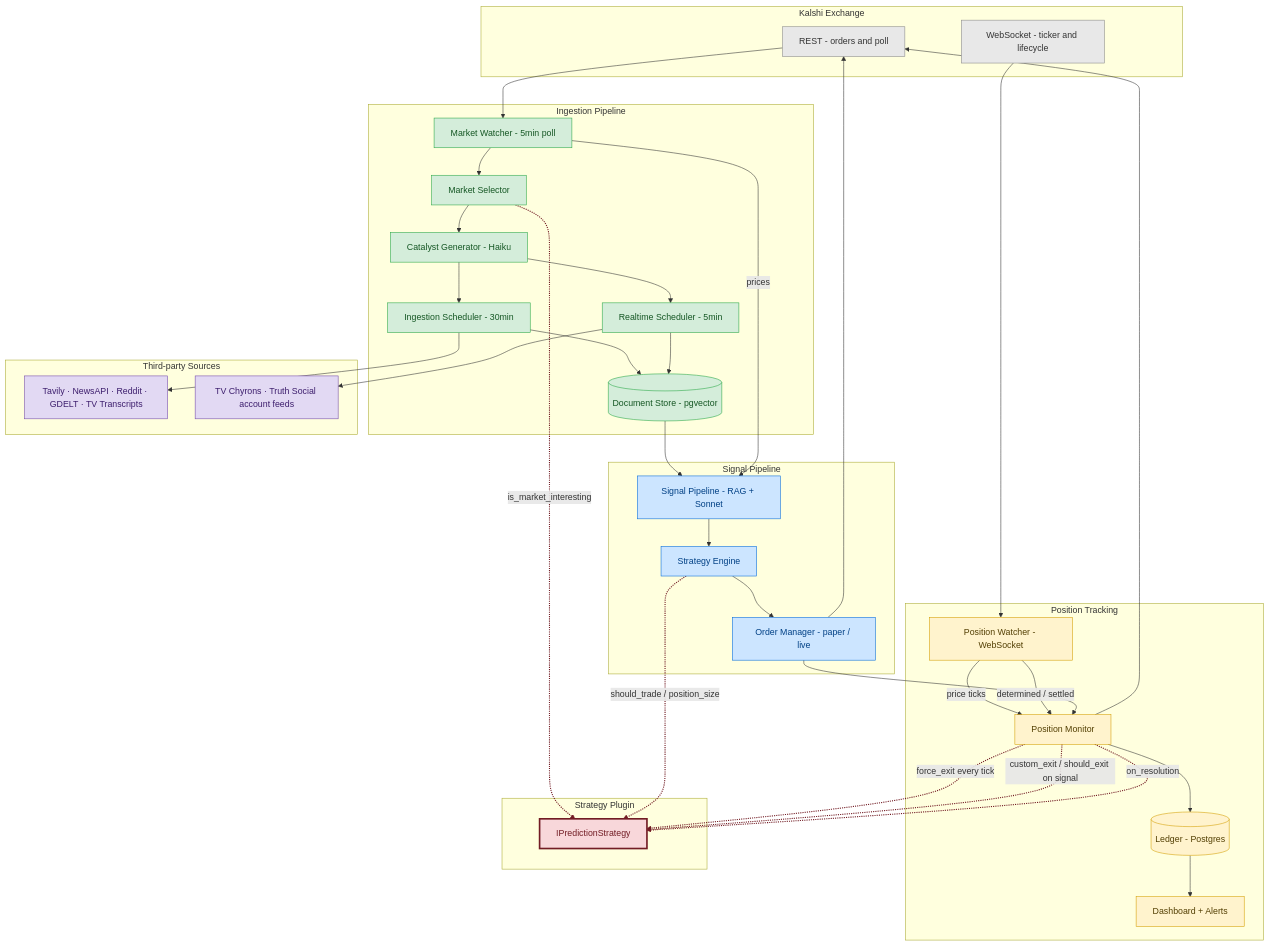
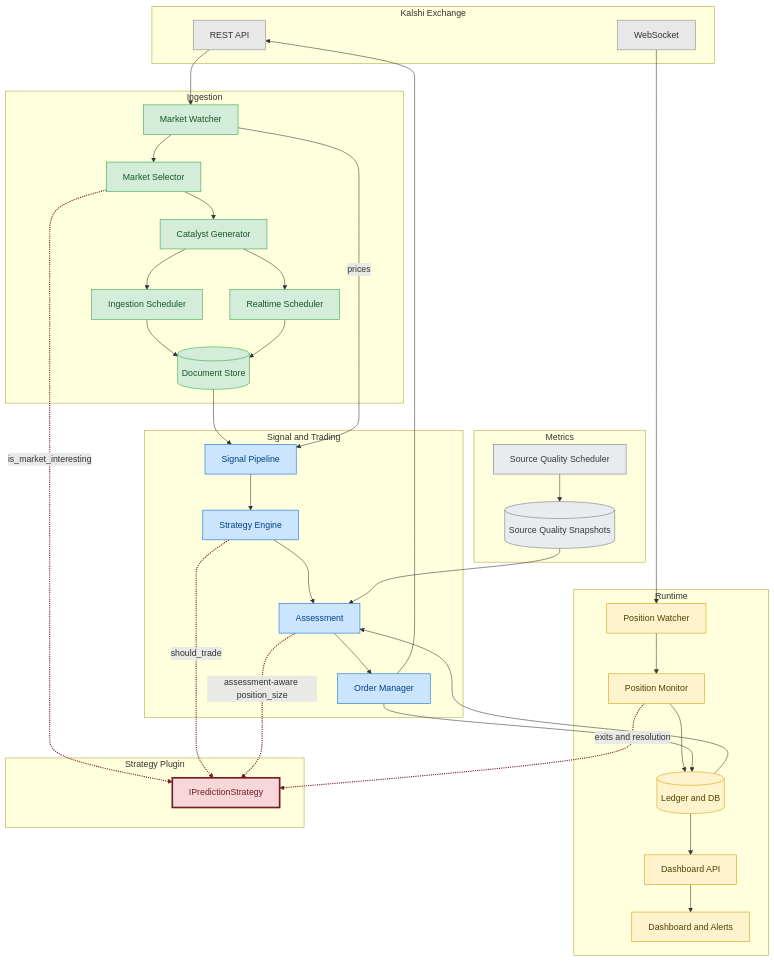
Before and after one commit to ostersc/freqpred: the diagram in README.md, drawn with Mermaid. The commit also changed other lines of this file and 3 other files, not shown here.

Commit message:
Refresh core docs for assessment and dashboard updates

````diff
--- a/README.md
+++ b/README.md
@@ -95,35 +95,37 @@
 ```mermaid
 graph TD
     subgraph Exchange[Kalshi Exchange]
-        KREST[REST - orders and poll]
-        KWS[WebSocket - ticker and lifecycle]
+        KREST[REST API]
+        KWS[WebSocket]
     end
 
-    subgraph Ingestion[Ingestion Pipeline]
-        MW[Market Watcher - 5min poll]
+    subgraph Ingestion[Ingestion]
+        MW[Market Watcher]
         MS[Market Selector]
-        CG[Catalyst Generator - Haiku]
-        IS[Ingestion Scheduler - 30min]
-        RS[Realtime Scheduler - 5min]
-        DS[(Document Store - pgvector)]
+        CG[Catalyst Generator]
+        IS[Ingestion Scheduler]
+        RS[Realtime Scheduler]
+        DS[(Document Store)]
     end
 
-    subgraph Sources[Third-party Sources]
-        IS_SRC[Tavily · NewsAPI · Reddit · GDELT · TV Transcripts]
-        RS_SRC[TV Chyrons · Truth Social account feeds]
+    subgraph Metrics[Metrics]
+        SQS[Source Quality Scheduler]
+        SQ[(Source Quality Snapshots)]
     end
 
-    subgraph Signal[Signal Pipeline]
-        SP[Signal Pipeline - RAG + Sonnet]
+    subgraph Trading[Signal and Trading]
+        SP[Signal Pipeline]
         SE[Strategy Engine]
-        OM[Order Manager - paper / live]
+        AS[Assessment]
+        OM[Order Manager]
     end
 
-    subgraph Positions[Position Tracking]
-        PW[Position Watcher - WebSocket]
+    subgraph Runtime[Runtime]
+        PW[Position Watcher]
         PM[Position Monitor]
-        L[(Ledger - Postgres)]
-        DA[Dashboard + Alerts]
+        L[(Ledger and DB)]
+        API[Dashboard API]
+        UI[Dashboard and Alerts]
     end
 
     subgraph Plugin[Strategy Plugin]
@@ -140,38 +142,37 @@
     DS --> SP
     MW -->|prices| SP
     SP --> SE
-    SE --> OM
+    SE --> AS
+    SQ --> AS
+    L --> AS
+    AS --> OM
     OM --> KREST
     KWS --> PW
-    PW -->|price ticks| PM
-    PW -->|determined / settled| PM
-    OM --> PM
-    PM --> KREST
+    PW --> PM
     PM --> L
-    L --> DA
-    IS --> IS_SRC
-    RS --> RS_SRC
+    OM --> L
+    L --> API
+    API --> UI
+    SQS --> SQ
     MS -. is_market_interesting .-> STRAT
-    SE -. "should_trade / position_size" .-> STRAT
-    PM -. "force_exit every tick" .-> STRAT
-    PM -. "custom_exit / should_exit on signal" .-> STRAT
-    PM -. on_resolution .-> STRAT
+    SE -. should_trade .-> STRAT
+    AS -. assessment-aware position_size .-> STRAT
+    PM -. exits and resolution .-> STRAT
 
     classDef exchange fill:#e8e8e8,stroke:#888,color:#333
     classDef ingestion fill:#d4edda,stroke:#28a745,color:#155724
+    classDef metrics fill:#e9ecef,stroke:#6c757d,color:#343a40
     classDef signal fill:#cce5ff,stroke:#0069d9,color:#004085
     classDef position fill:#fff3cd,stroke:#d39e00,color:#533f03
     classDef strategy fill:#f8d7da,stroke:#721c24,stroke-width:3px,color:#721c24
-    classDef sources fill:#e2d9f3,stroke:#7048a8,color:#3d1e6d
 
     class KREST,KWS exchange
     class MW,MS,CG,IS,RS,DS ingestion
-    class SP,SE,OM signal
-    class PW,PM,L,DA position
+    class SQS,SQ metrics
+    class SP,SE,AS,OM signal
+    class PW,PM,L,API,UI position
     class STRAT strategy
-    class IS_SRC,RS_SRC sources
 
-    linkStyle 21 stroke:#721c24,stroke-width:2px
     linkStyle 22 stroke:#721c24,stroke-width:2px
     linkStyle 23 stroke:#721c24,stroke-width:2px
     linkStyle 24 stroke:#721c24,stroke-width:2px
````
